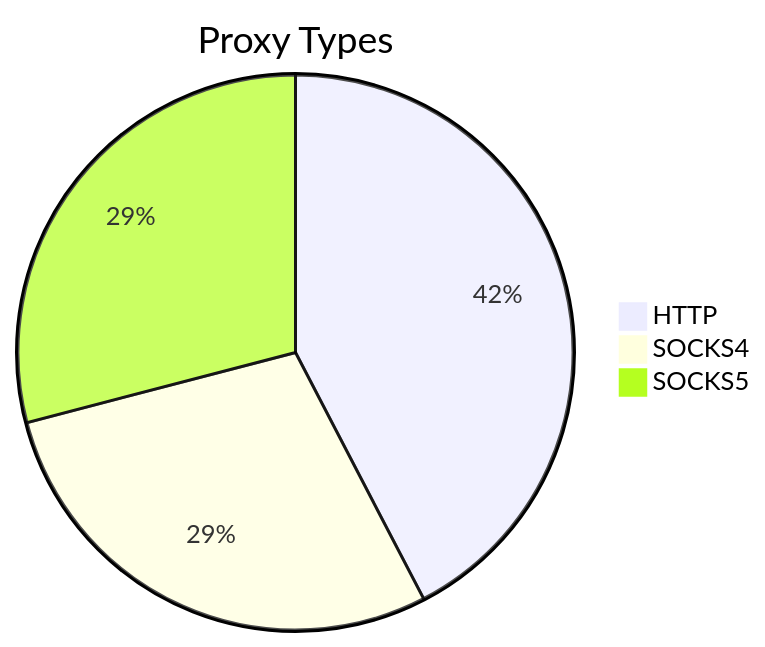
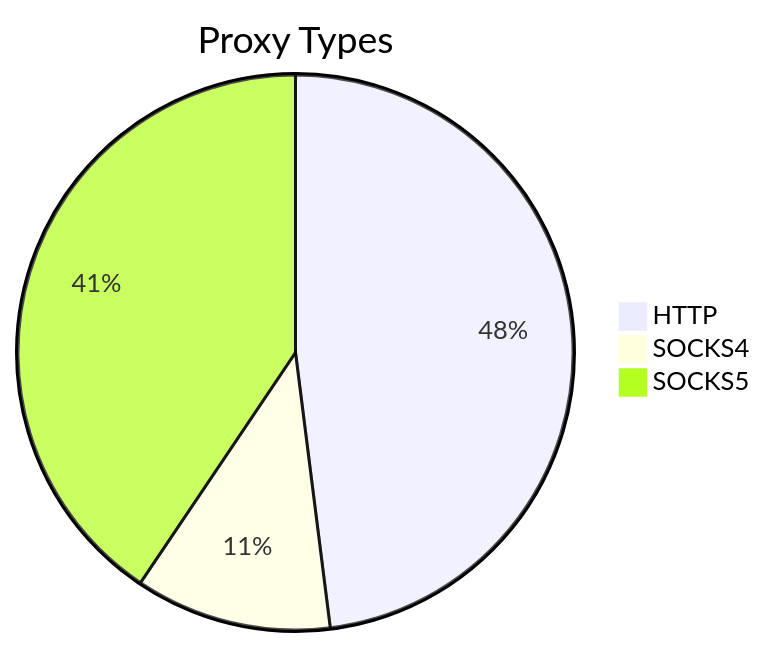
One commit to stormsia/proxy-list changed the first of 2 diagrams in README.md. Above: the diagram before and after it, drawn with Mermaid. The commit also changed other lines of this file, not shown here.

````diff
--- a/README.md
+++ b/README.md
@@ -21,6 +21,6 @@
 ```mermaid
 pie title Proxy Types
-    "HTTP" : 86
-    "SOCKS4" : 58
-    "SOCKS5" : 59
+    "HTTP" : 84
+    "SOCKS4" : 20
+    "SOCKS5" : 71
 ```
````
